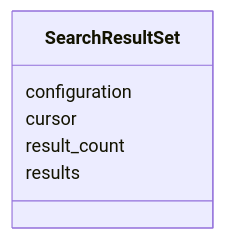
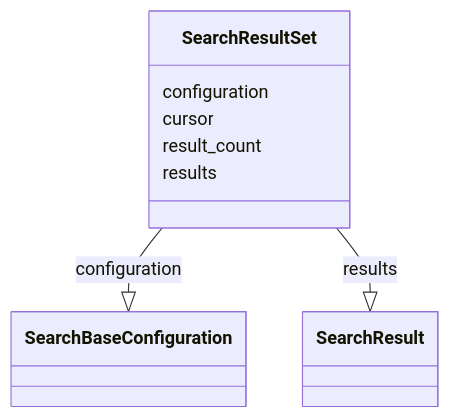
Before and after one commit to cthoyt/ontology-access-kit: the diagram in search/SearchResultSet.md, drawn with Mermaid. The commit also changed other lines of this file and 3287 other files, not shown here.

````diff
--- a/search/SearchResultSet.md
+++ b/search/SearchResultSet.md
@@ -9,9 +9,17 @@
 ```{mermaid}
  classDiagram
     class SearchResultSet
       SearchResultSet : configuration
+        
+          SearchResultSet --|> SearchBaseConfiguration : configuration
+        
       SearchResultSet : cursor
+        
       SearchResultSet : result_count
+        
       SearchResultSet : results
+        
+          SearchResultSet --|> SearchResult : results
+        
       
 ```
````
